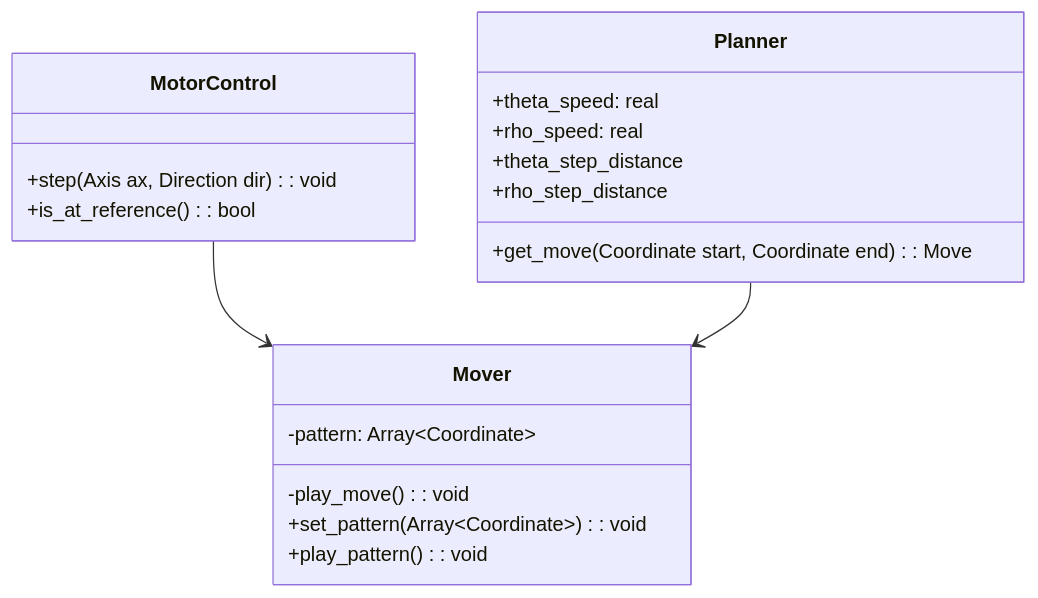
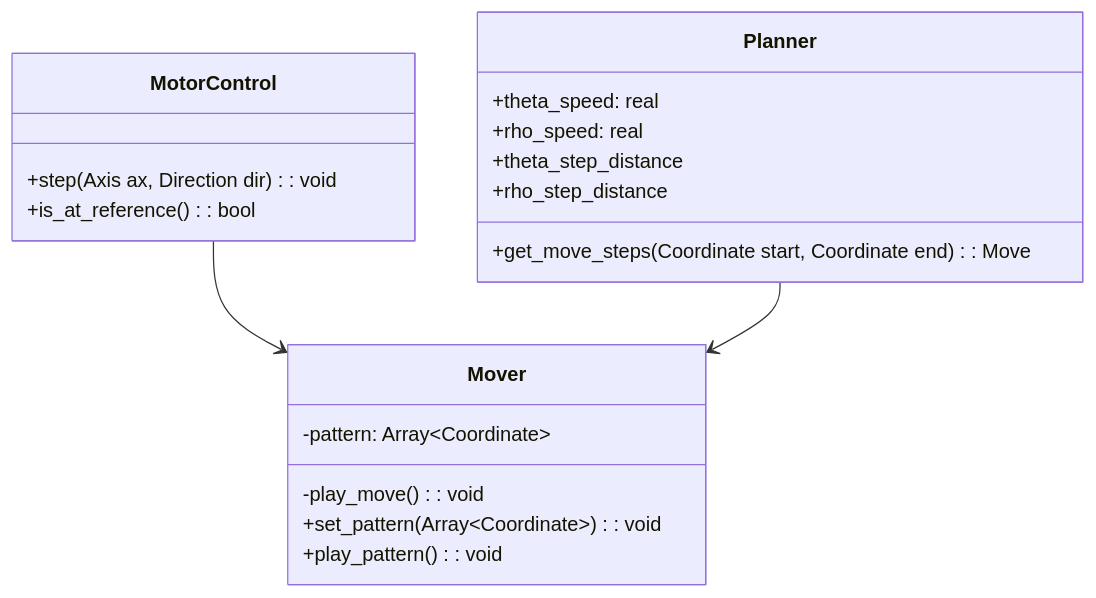
The first of 3 diagrams in docs/software_design.md (mpinder0/mini-sandtable-polar-esp32), drawn with Mermaid before and after one commit. The commit also changed other lines of this file and 4 other files, not shown here.

````diff
--- a/docs/software_design.md
+++ b/docs/software_design.md
@@ -7,25 +7,25 @@
 ```mermaid
 classDiagram
     class MotorControl {
         +step(Axis ax, Direction dir): void
         +is_at_reference(): bool
     }
 
     class Mover {
         -pattern: Array~Coordinate~
         -play_move(): void
         +set_pattern(Array~Coordinate~): void
         +play_pattern(): void
     }
 
     class Planner {
         +theta_speed: real
         +rho_speed: real
         +theta_step_distance
         +rho_step_distance
-        +get_move(Coordinate start, Coordinate end): Move
+        +get_move_steps(Coordinate start, Coordinate end): Move
     }
 
     MotorControl --> Mover
     Planner --> Mover
 ```
````
